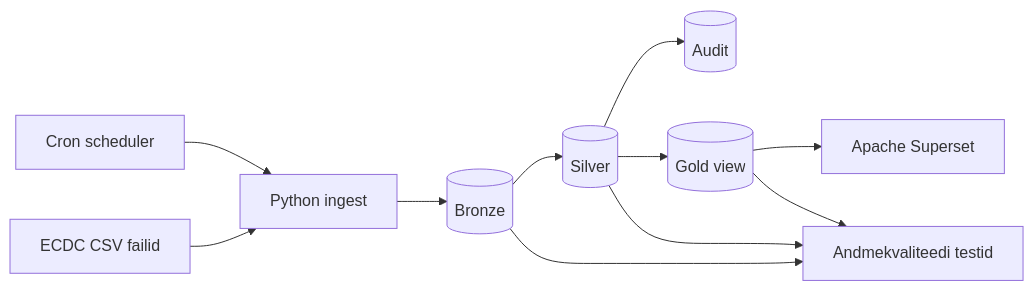
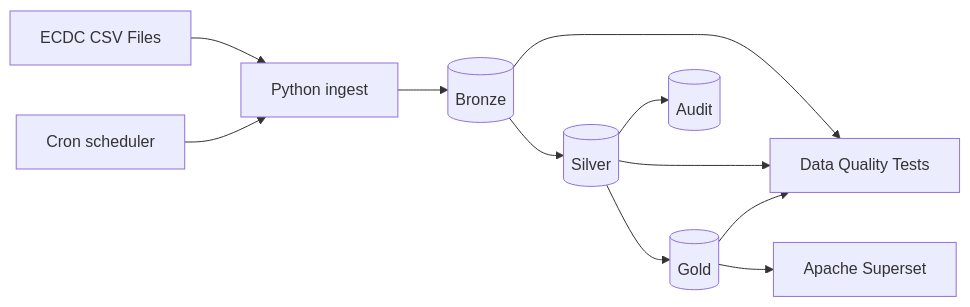
One commit to MariliisR/ecdc-haigusseire changed the second of 2 diagrams in docs/arhitektuur.md. Above: the diagram before and after it, drawn with Mermaid. The commit also changed other lines of this file, not shown here.

````diff
--- a/docs/arhitektuur.md
+++ b/docs/arhitektuur.md
@@ -34,18 +36,17 @@
 ```mermaid
 flowchart LR
-    source[ECDC CSV failid] --> ingest[Python ingest]
+    source[ECDC CSV Files] --> ingest[Python ingest]
     scheduler[Cron scheduler] --> ingest
 
     ingest --> bronze[(Bronze)]
     bronze --> silver[(Silver)]
+    silver --> gold[(Gold)]
 
     silver --> audit[(Audit)]
 
-    silver --> gold[(Gold view)]
-
-    bronze --> quality[Andmekvaliteedi testid]
+    bronze --> quality[Data Quality Tests]
     silver --> quality
     gold --> quality
 
     gold --> dashboard[Apache Superset]
 ```
````
